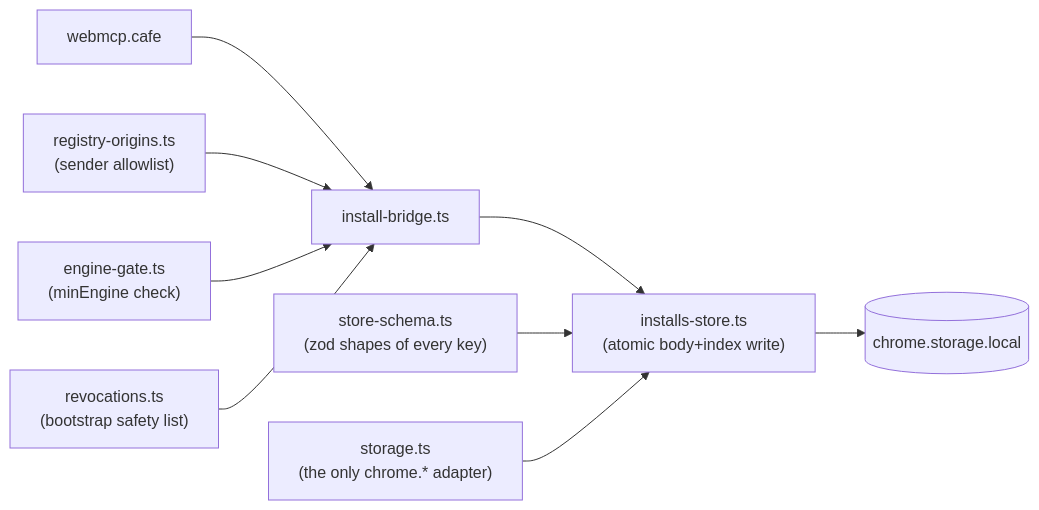
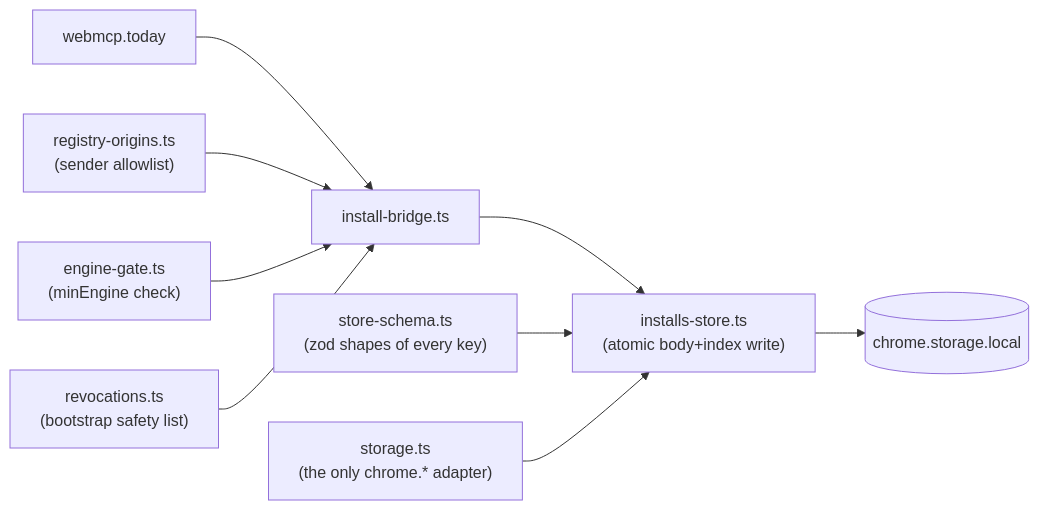
The second of 5 diagrams in apps/extension/ARCHITECTURE.md (robertn702/webmcp-today), drawn with Mermaid before and after one commit. The commit also changed other lines of this file and 103 other files, not shown here.

First line of the commit message:
chore: rename project webmcp.cafe -> webmcp.today

````diff
--- a/apps/extension/ARCHITECTURE.md
+++ b/apps/extension/ARCHITECTURE.md
@@ -72,11 +72,11 @@
 ```mermaid
 flowchart LR
-    SITE["webmcp.cafe"] --> BRIDGE["install-bridge.ts"]
+    SITE["webmcp.today"] --> BRIDGE["install-bridge.ts"]
     ORIGINS["registry-origins.ts<br/>(sender allowlist)"] --> BRIDGE
     GATE["engine-gate.ts<br/>(minEngine check)"] --> BRIDGE
     REV["revocations.ts<br/>(bootstrap safety list)"] --> BRIDGE
     BRIDGE --> STORE["installs-store.ts<br/>(atomic body+index write)"]
     STORE --> ST[("chrome.storage.local")]
     SCHEMA["store-schema.ts<br/>(zod shapes of every key)"] --> STORE
     ADAPTER["storage.ts<br/>(the only chrome.* adapter)"] --> STORE
 ```
````
